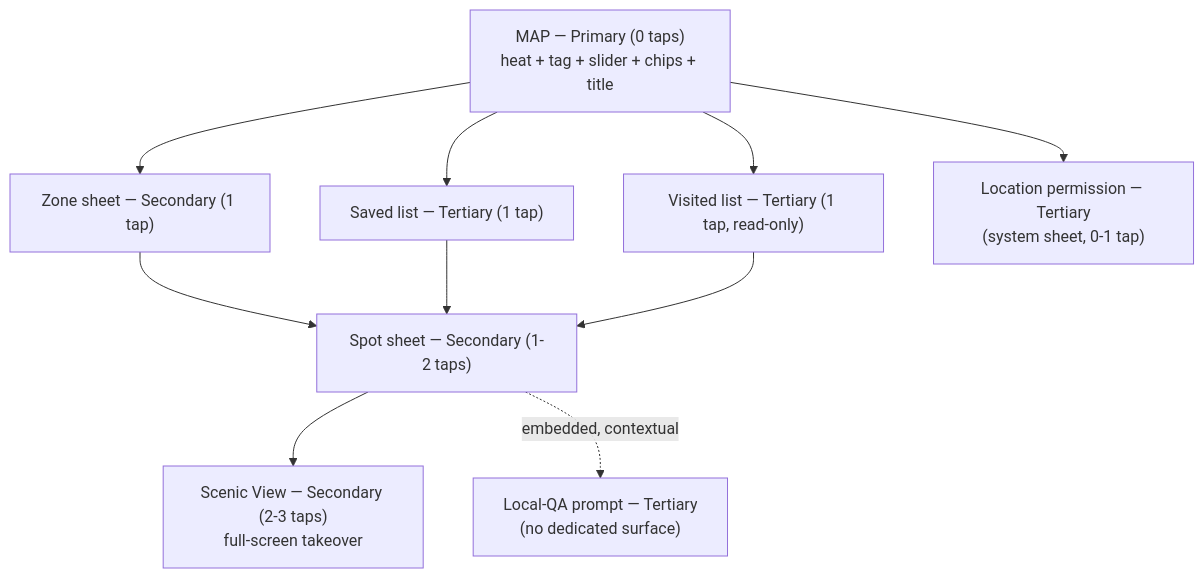
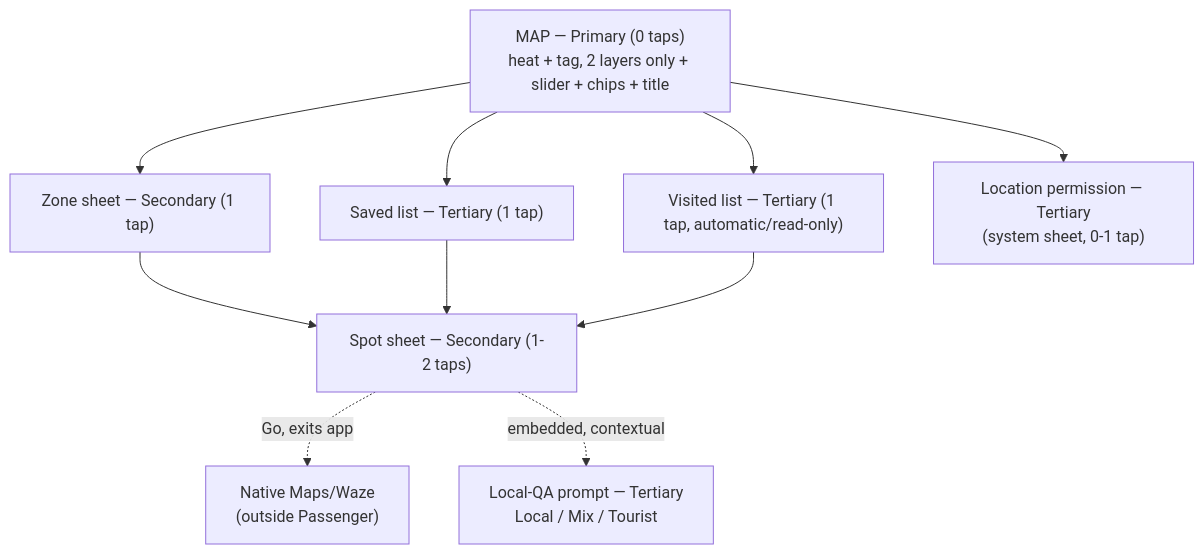
The second of 2 diagrams in design/ux-flows.md (AviranGrisaro/passenger-brain), drawn with Mermaid before and after one commit. The commit also changed other lines of this file and 1 other file, not shown here.

First line of the commit message:
docs: resolve UX flows conflict, restructure around end-to-end journeys

````diff
--- a/design/ux-flows.md
+++ b/design/ux-flows.md
@@ -191,13 +206,13 @@
 ```mermaid
 flowchart TD
-    Map["MAP — Primary (0 taps)\nheat + tag + slider + chips + title"]
+    Map["MAP — Primary (0 taps)\nheat + tag, 2 layers only + slider + chips + title"]
     Map --> Zone["Zone sheet — Secondary (1 tap)"]
     Zone --> Spot["Spot sheet — Secondary (1-2 taps)"]
-    Spot --> Scenic["Scenic View — Secondary (2-3 taps)\nfull-screen takeover"]
+    Spot -.Go, exits app.-> Handoff["Native Maps/Waze\n(outside Passenger)"]
     Map --> Saved["Saved list — Tertiary (1 tap)"]
-    Map --> Visited["Visited list — Tertiary (1 tap, read-only)"]
+    Map --> Visited["Visited list — Tertiary (1 tap, automatic/read-only)"]
     Saved --> Spot
     Visited --> Spot
-    Spot -. embedded, contextual .-> QA["Local-QA prompt — Tertiary\n(no dedicated surface)"]
+    Spot -. embedded, contextual .-> QA["Local-QA prompt — Tertiary\nLocal / Mix / Tourist"]
     Map --> Perm["Location permission — Tertiary\n(system sheet, 0-1 tap)"]
 ```
````
